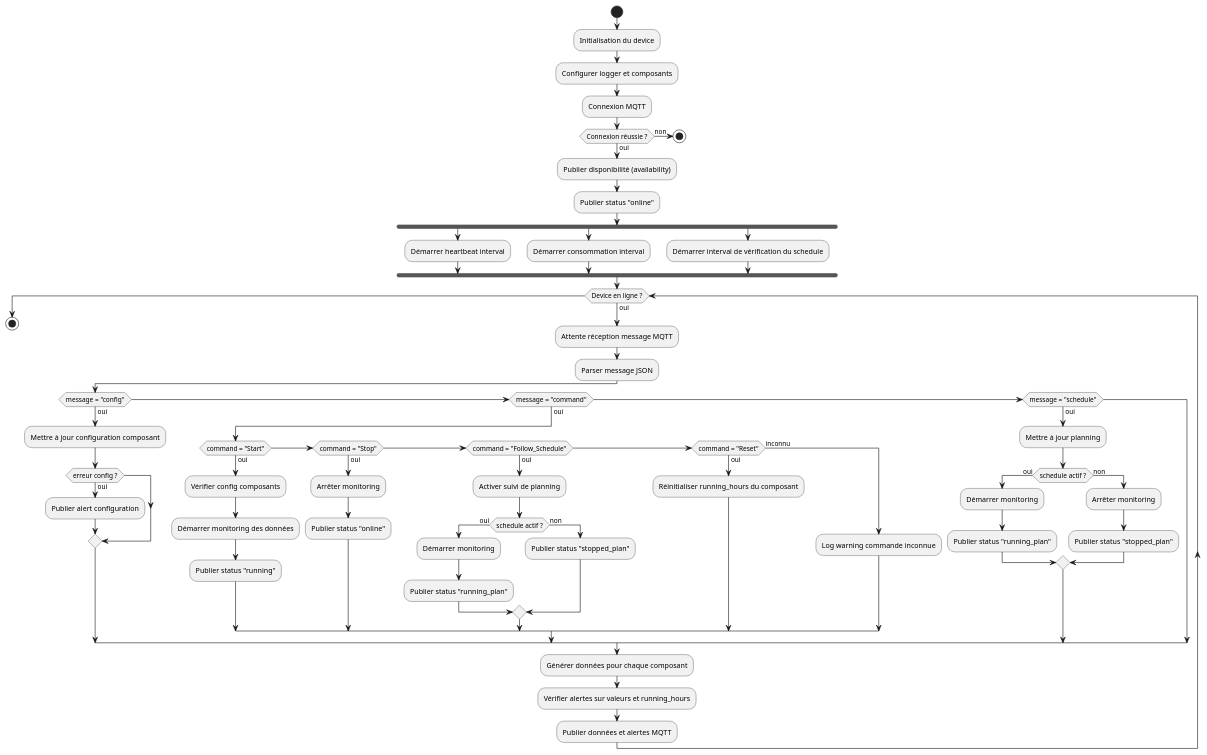
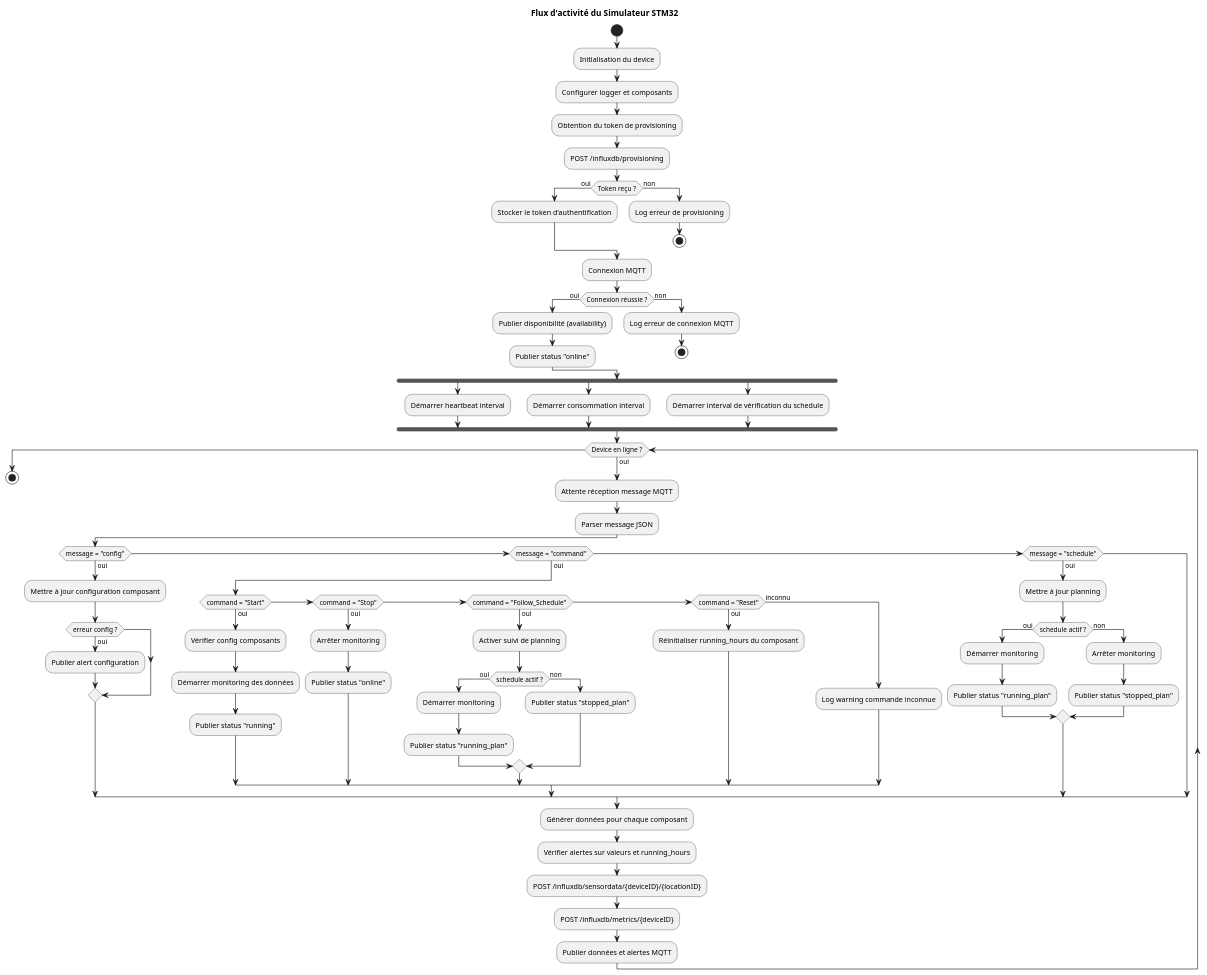
One commit to Flamware/CapIot.influxDB changed the diagram in STM32/LifeCycle.puml. Above: the diagram before and after it, drawn with PlantUML. The commit also changed 14 other files, not shown here.

```diff
--- a/STM32/LifeCycle.puml
+++ b/STM32/LifeCycle.puml
@@ -1,72 +1,89 @@
-@startuml STM32_Activity
+@startuml STM32_Activity_Updated
+
+title Flux d'activité du Simulateur STM32
 
 start
 
 :Initialisation du device;
 :Configurer logger et composants;
+
+:Obtention du token de provisioning;
+:POST /influxdb/provisioning;
+if (Token reçu ?) then (oui)
+    :Stocker le token d'authentification;
+else (non)
+    :Log erreur de provisioning;
+    stop
+endif
+
 :Connexion MQTT;
 
 if (Connexion réussie ?) then (oui)
     :Publier disponibilité (availability);
     :Publier status "online";
 else (non)
+    :Log erreur de connexion MQTT;
     stop
 endif
 
 fork
     :Démarrer heartbeat interval;
 fork again
     :Démarrer consommation interval;
 fork again
     :Démarrer interval de vérification du schedule;
 end fork
 
 while (Device en ligne ?) is (oui)
     :Attente réception message MQTT;
     :Parser message JSON;
 
     if (message = "config") then (oui)
         :Mettre à jour configuration composant;
         if (erreur config ?) then (oui)
             :Publier alert configuration;
         endif
     elseif (message = "command") then (oui)
         if (command = "Start") then (oui)
             :Vérifier config composants;
             :Démarrer monitoring des données;
             :Publier status "running";
         elseif (command = "Stop") then (oui)
             :Arrêter monitoring;
             :Publier status "online";
         elseif (command = "Follow_Schedule") then (oui)
             :Activer suivi de planning;
             if (schedule actif ?) then (oui)
                 :Démarrer monitoring;
                 :Publier status "running_plan";
             else (non)
                 :Publier status "stopped_plan";
             endif
         elseif (command = "Reset") then (oui)
             :Réinitialiser running_hours du composant;
         else (inconnu)
             :Log warning commande inconnue;
         endif
     elseif (message = "schedule") then (oui)
         :Mettre à jour planning;
         if (schedule actif ?) then (oui)
             :Démarrer monitoring;
             :Publier status "running_plan";
         else (non)
             :Arrêter monitoring;
             :Publier status "stopped_plan";
         endif
     endif
 
     :Générer données pour chaque composant;
     :Vérifier alertes sur valeurs et running_hours;
+
+    :POST /influxdb/sensordata/{deviceID}/{locationID};
+    :POST /influxdb/metrics/{deviceID};
+
     :Publier données et alertes MQTT;
 endwhile
 
 stop
 
 @enduml
```
